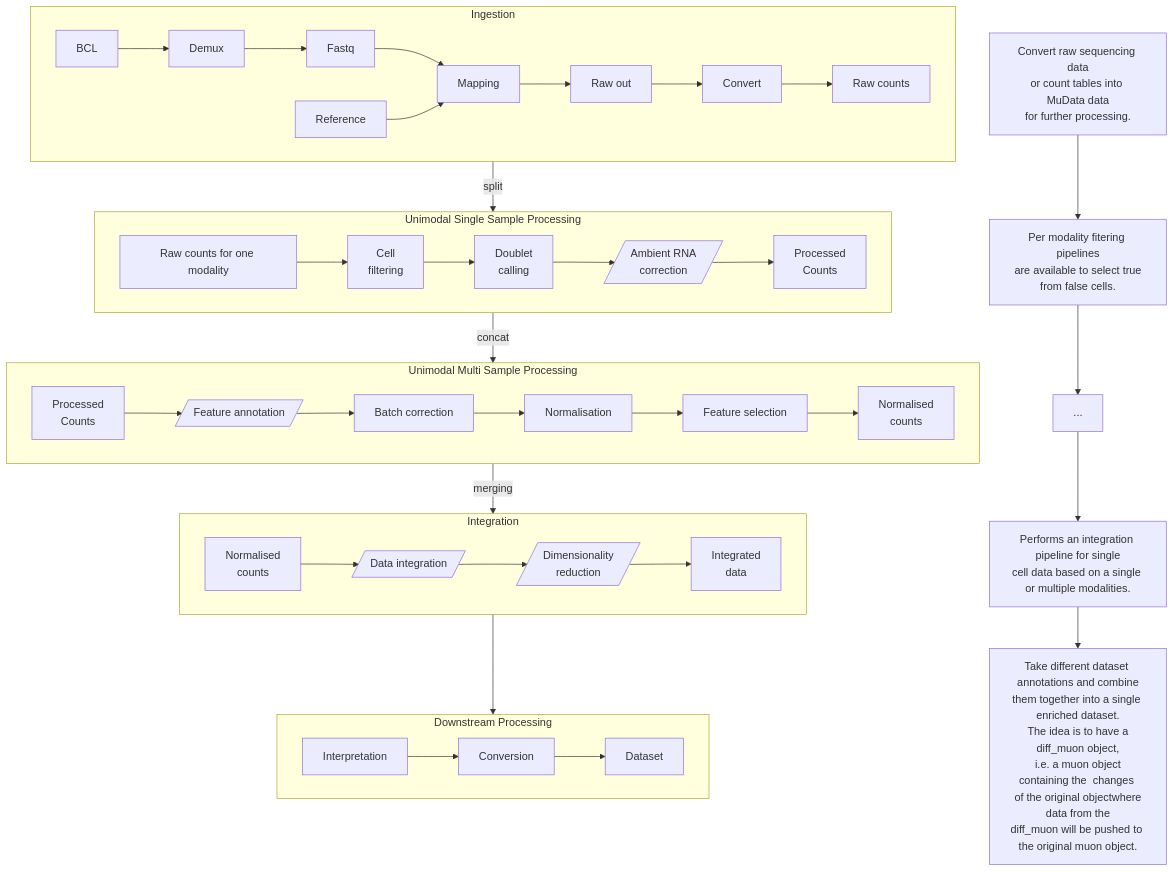
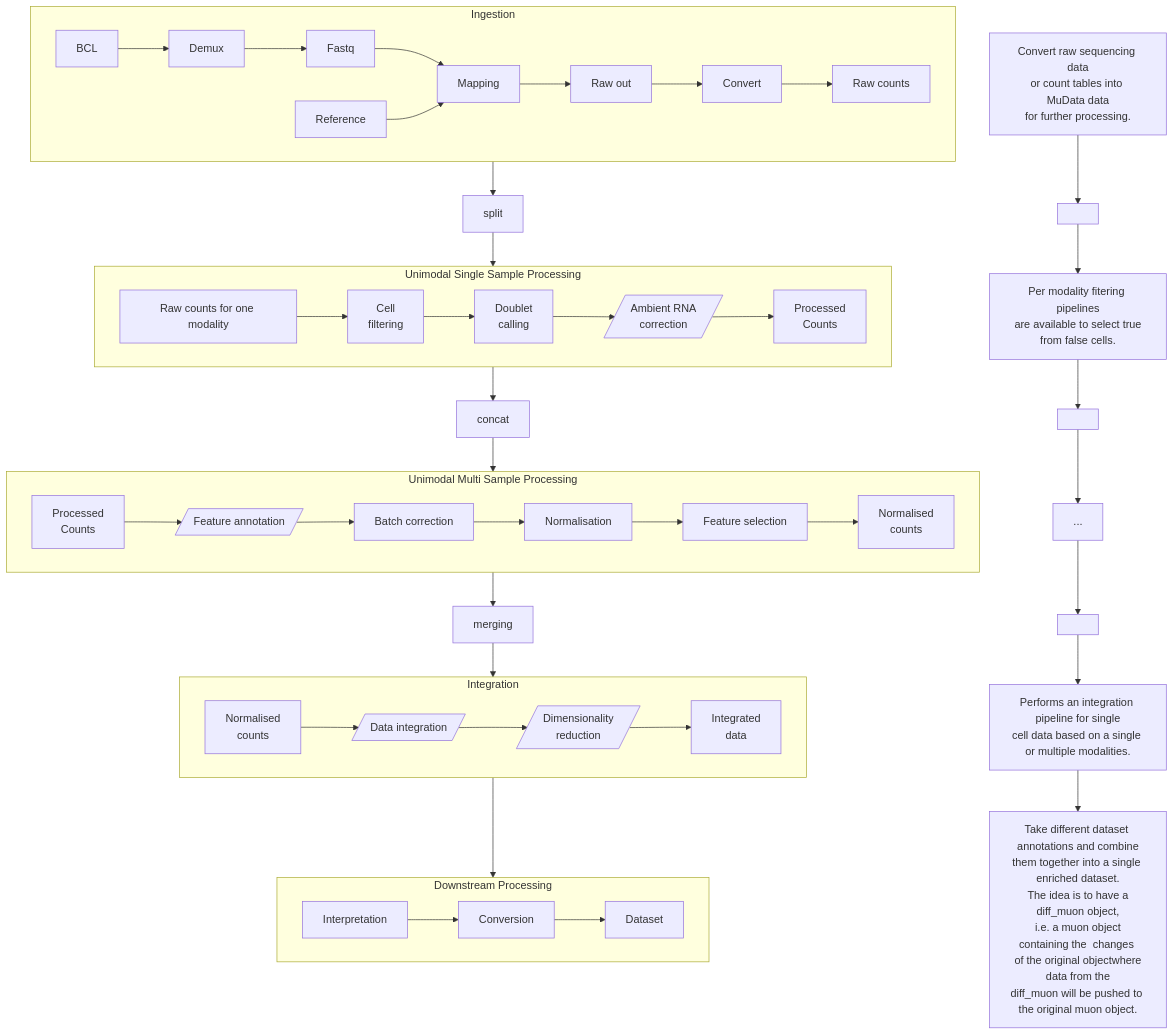
One commit to openpipelines-bio/website changed the diagram in guide/architecture.qmd. Above: the diagram before and after it, drawn with Mermaid. The commit also changed 2 other files, not shown here.

Commit message:
Finish mermaid, add containerization setup, and explain param_list

````diff
--- a/guide/architecture.qmd
+++ b/guide/architecture.qmd
@@ -9,68 +9,71 @@
 ```{mermaid}
 %%| label: fig-architecture
 %%| fig-cap: Overview single cell processing steps in OpenPipeline. Rectangles are data objects, parallelograms are Viash modules or subworkflows.
 flowchart TD  
   subgraph ingest ["Ingestion"]
     direction LR
     RawCounts1["Raw counts"]
     BCL["BCL"]
     Demux["Demux"]
     Fastq["Fastq"]
     Ref["Reference"]
     Mapping["Mapping"]
     RawDir["Raw out"]
     Convert["Convert"]
     RawCounts1["Raw counts"]
     BCL --> Demux --> Fastq
     Fastq & Ref --> Mapping --> RawDir --> Convert --> RawCounts1
   end
   subgraph unimodalsinglesample ["Unimodal Single Sample Processing"]
     direction LR
     RawCounts2["Raw counts for one modality"]
     ProccessedCounts1["Processed\nCounts"]
     AmbientRNACorr[/"Ambient RNA\ncorrection"/]
     RawCounts2 --> CellFiltering --> DoubletCalling --> AmbientRNACorr --> ProccessedCounts1
   end
   subgraph unimodalmultisample ["Unimodal Multi Sample Processing"]
     direction LR
     FeatureAnnotation[/"Feature annotation"/]
     BatchCorrection["Batch correction"]
     Normalization["Normalisation"]
     FeatureSelection["Feature selection"]
     ProccessedCounts2["Processed\nCounts"]
     DoubletCalling["Doublet\ncalling"]
     CellFiltering["Cell\nfiltering"]
     NormalisedOut["Normalised\ncounts"]
 
     ProccessedCounts2 --> FeatureAnnotation --> BatchCorrection --> Normalization --> FeatureSelection --> NormalisedOut
   end
   subgraph integration ["Integration"]
     direction LR
 
     Normalised["Normalised\ncounts"]
     Integrated["Integrated\ndata"]
 
     DataIntegration[/"Data integration"/]
     DimRed[/"Dimensionality\nreduction"/]
   
     Normalised --> DataIntegration --> DimRed --> Integrated
 
   end
   subgraph downstreamprocessing ["Downstream Processing"]
     direction LR
     Interpretation["Interpretation"]
     Conversion["Conversion"]
     Dataset["Dataset"]
 
     Interpretation --> Conversion --> Dataset
   end
 
-  ingest --split--> unimodalsinglesample --concat--> unimodalmultisample --merging--> integration  --> downstreamprocessing
+  ingest --> split --> unimodalsinglesample --> concat --> unimodalmultisample --> merging --> integration  --> downstreamprocessing
   %% Do not change the ID for these boxes because this is linked to custom css
-  titlebox1["Convert raw sequencing data\nor count tables into MuData data\nfor further processing."]
+  titlebox_ingestion["Convert raw sequencing data\nor count tables into MuData data\nfor further processing."]
+  titlebox_empty[" "]
   titlebox2["Per modality fitering pipelines\nare available to select true\nfrom false cells."]
+  titlebox_empty2[" "]
   titlebox3["..."]
+  titlebox_empty3[" "]
   titlebox4["Performs an integration pipeline for single\ncell data based on a single or multiple modalities."]
   titlebox5["Take different dataset annotations and combine\nthem together into a single enriched dataset.\n The idea is to have a diff_muon object,\n i.e. a muon object containing the  changes \n of the original objectwhere data from the\ndiff_muon will be pushed to the original muon object."]
-  titlebox1 --> titlebox2 --> titlebox3 --> titlebox4 --> titlebox5
+  titlebox_ingestion --> titlebox_empty --> titlebox2 --> titlebox_empty2 --> titlebox3 --> titlebox_empty3--> titlebox4 --> titlebox5
 ```
````
